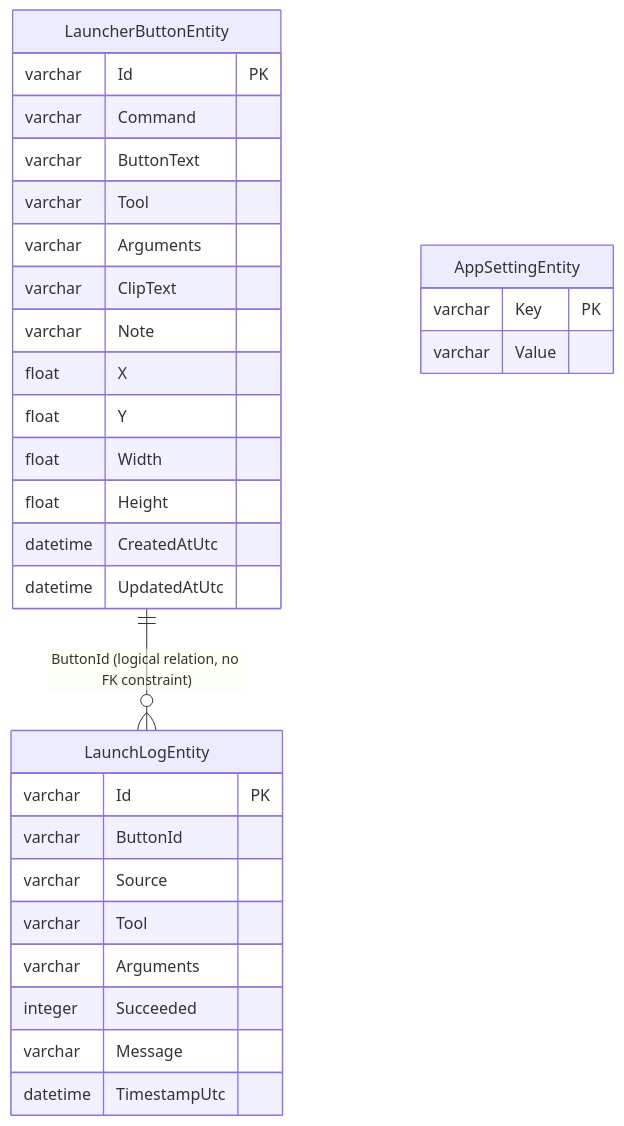
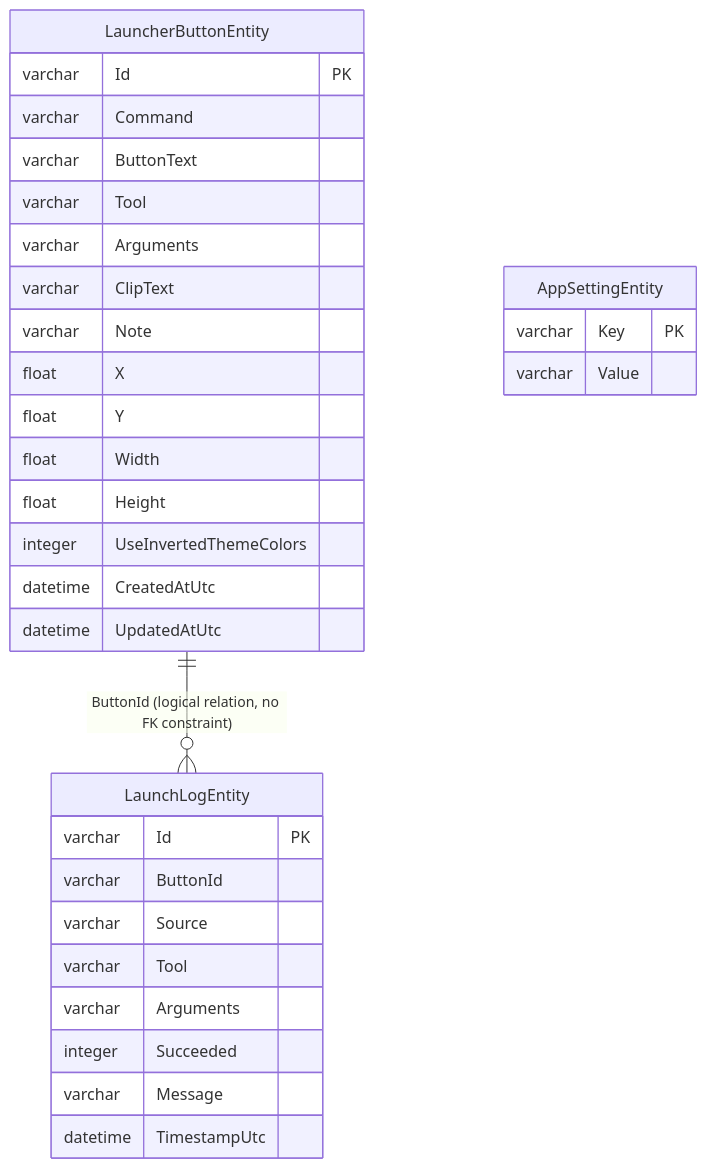
One commit to Widthdom/Praxis changed the diagram in docs/DATABASE_SCHEMA.md. Above: the diagram before and after it, drawn with Mermaid. The commit also changed other lines of this file and 21 other files, not shown here.

Commit message:
feat(theme): add per-button inverted colors with auto DB schema v2 migration and finalized monochrome custom invert checkbox (flat 1px box + polyline checkmark), plus docs/tests updates

````diff
--- a/docs/DATABASE_SCHEMA.md
+++ b/docs/DATABASE_SCHEMA.md
@@ -35,36 +40,37 @@
 ```mermaid
 erDiagram
     LauncherButtonEntity {
         varchar Id PK
         varchar Command
         varchar ButtonText
         varchar Tool
         varchar Arguments
         varchar ClipText
         varchar Note
         float X
         float Y
         float Width
         float Height
+        integer UseInvertedThemeColors
         datetime CreatedAtUtc
         datetime UpdatedAtUtc
     }
 
     LaunchLogEntity {
         varchar Id PK
         varchar ButtonId
         varchar Source
         varchar Tool
         varchar Arguments
         integer Succeeded
         varchar Message
         datetime TimestampUtc
     }
 
     AppSettingEntity {
         varchar Key PK
         varchar Value
     }
 
     LauncherButtonEntity ||--o{ LaunchLogEntity : "ButtonId (logical relation, no FK constraint)"
 ```
````
